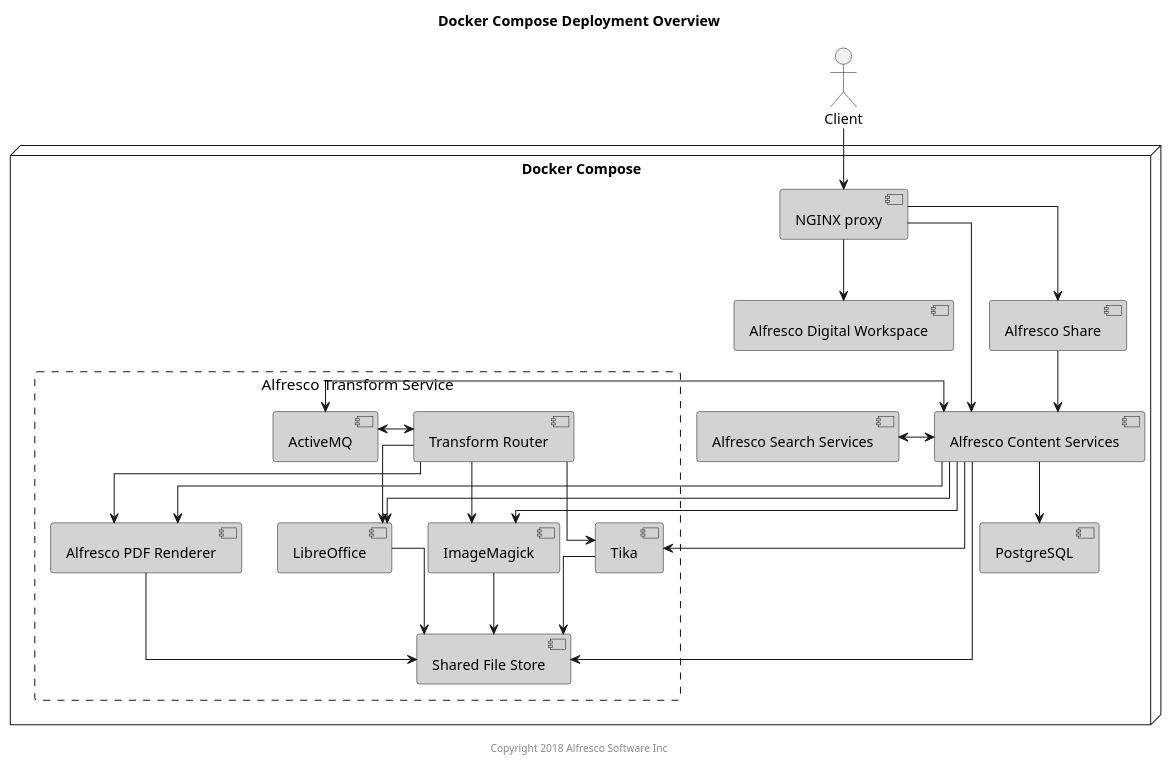
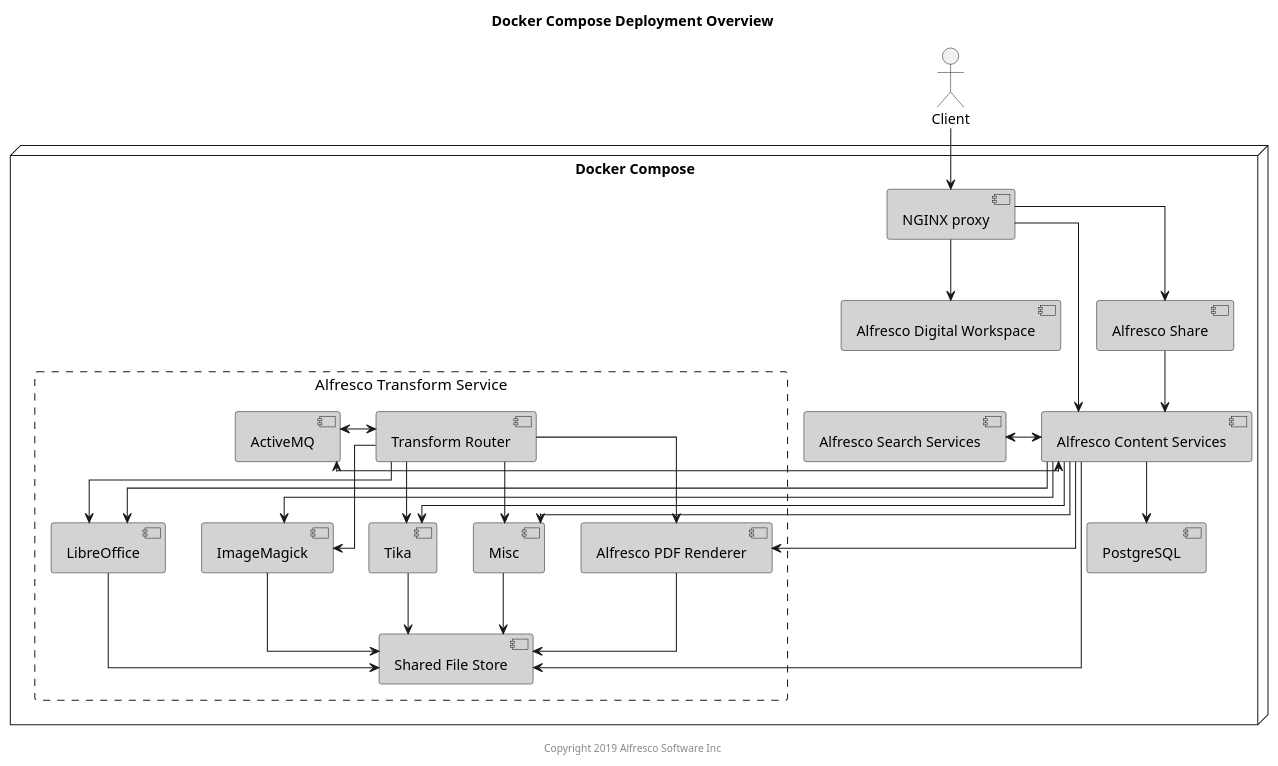
The diagram in docs/diagrams/docker-compose/docker-compose-components.puml (Alfresco/acs-deployment), drawn with PlantUML before and after one commit. The commit also changed 5 other files, not shown here.

```diff
--- a/docs/diagrams/docker-compose/docker-compose-components.puml
+++ b/docs/diagrams/docker-compose/docker-compose-components.puml
@@ -1,60 +1,64 @@
 @startuml
 
 Title: Docker Compose Deployment Overview
 
 skinparam componentStyle uml2
 skinparam linetype ortho
 skinparam rectangle {
     BorderStyle dashed
     FontSize 15
     FontStyle none
 }
 
 actor Client
 
 node "Docker Compose" {
     component "NGINX proxy" as proxy #lightgrey
     component "Alfresco Digital Workspace" as adw #lightgrey
     component "Alfresco Content Services" as acs #lightgrey
     component "Alfresco Search Services" as ass #lightgrey
     component "PostgreSQL" as psql #lightgrey
     component "Alfresco Share" as share #lightgrey
     rectangle "Alfresco Transform Service" {
         component "Transform Router" as tr #lightgrey
         component "Shared File Store" as sfs #lightgrey
         component "ActiveMQ" as amq #lightgrey
         component "Alfresco PDF Renderer" as pdfr #lightgrey
         component "LibreOffice" as libr #lightgrey
         component "ImageMagick" as img #lightgrey
         component "Tika" as tika #lightgrey
+        component "Misc" as misc #lightgrey
     }
 }
 
 Client --> proxy
 
 proxy --> acs
 proxy --> share
 proxy --> adw
 
 acs <-left-> ass
 acs --> psql
 acs --> pdfr
 acs --> libr
 acs --> img
 acs --> tika
+acs --> misc
 acs --> sfs
 acs <-left-> amq
 tr --> pdfr
 tr --> libr
 tr --> img
 tr --> tika
+tr --> misc
 tr <-left-> amq
 pdfr --> sfs
 libr --> sfs
 img --> sfs
 tika --> sfs
+misc --> sfs
 share --> acs
 
-center footer Copyright 2018 Alfresco Software Inc
+center footer Copyright 2019 Alfresco Software Inc
 
 @enduml
```
